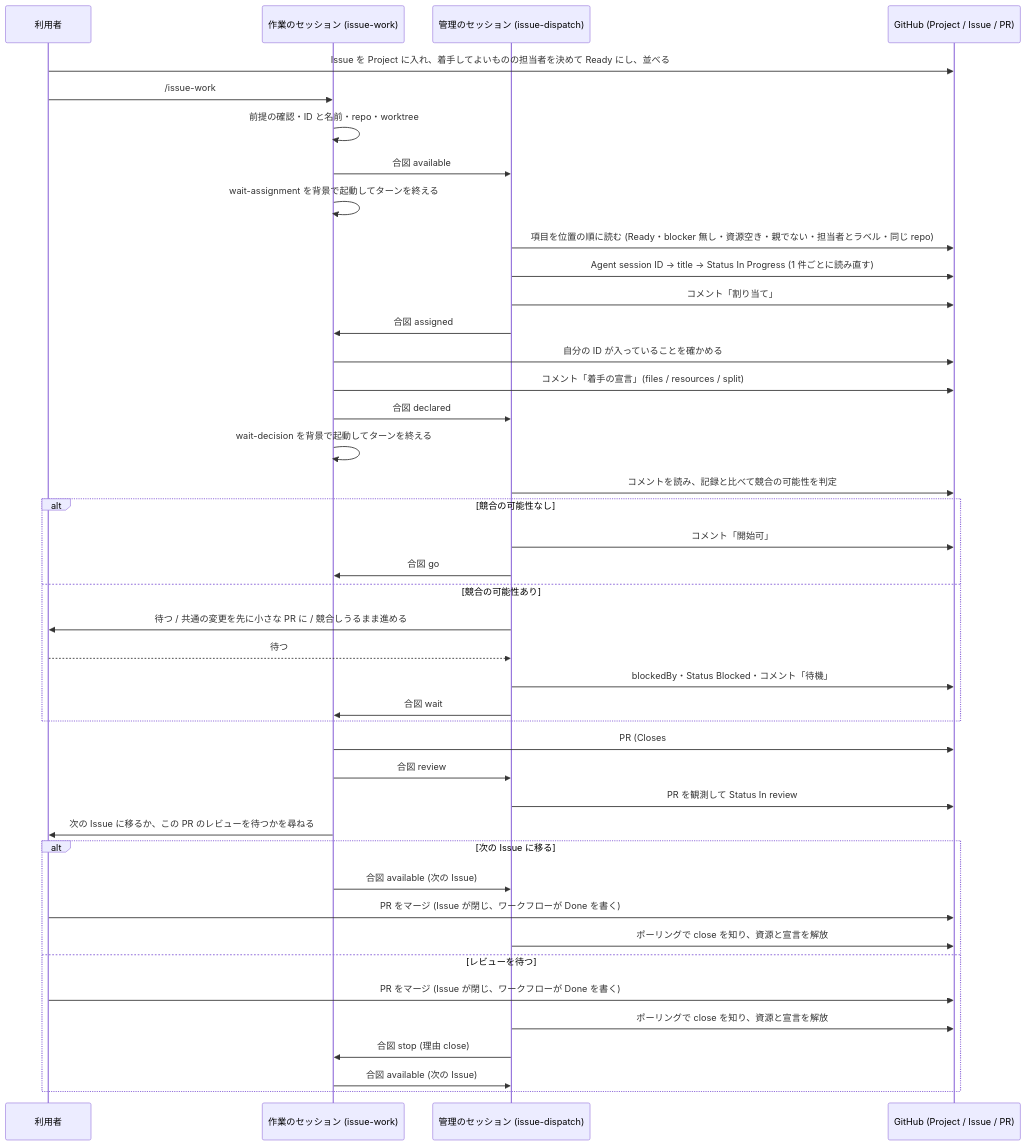
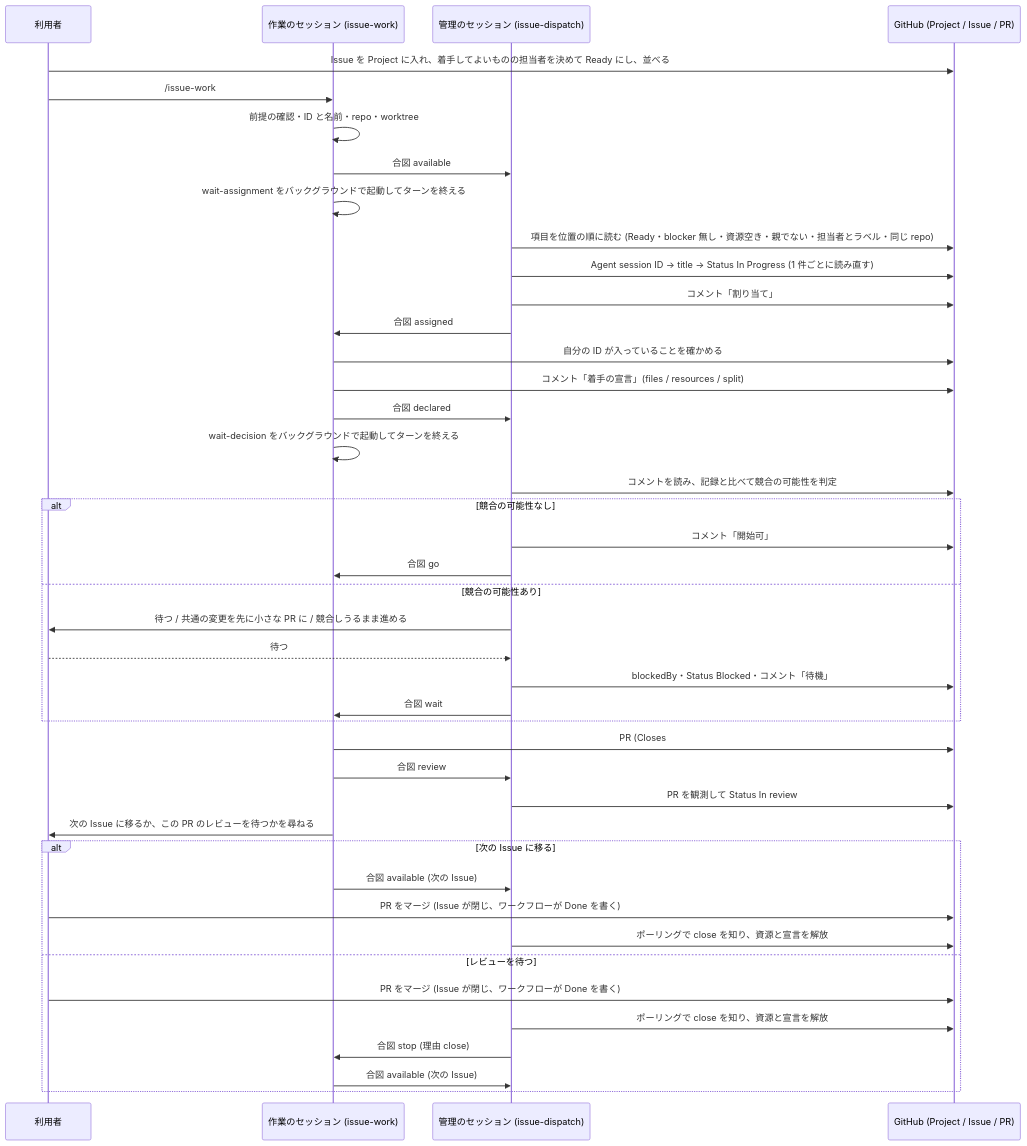
The first of 3 diagrams in docs/plans/2026-10-06-2025-feat-issue-dispatch-plan.md (akm/claude-plugins), drawn with Mermaid before and after one commit. The commit also changed other lines of this file, not shown here.

````diff
--- a/docs/plans/2026-10-06-2025-feat-issue-dispatch-plan.md
+++ b/docs/plans/2026-10-06-2025-feat-issue-dispatch-plan.md
@@ -598,45 +598,45 @@
 ```mermaid
 sequenceDiagram
   participant U as 利用者
   participant W as 作業のセッション (issue-work)
   participant M as 管理のセッション (issue-dispatch)
   participant G as GitHub (Project / Issue / PR)
 
   U->>G: Issue を Project に入れ、着手してよいものの担当者を決めて Ready にし、並べる
   U->>W: /issue-work
   W->>W: 前提の確認・ID と名前・repo・worktree
   W->>M: 合図 available
-  W->>W: wait-assignment を背景で起動してターンを終える
+  W->>W: wait-assignment をバックグラウンドで起動してターンを終える
   M->>G: 項目を位置の順に読む (Ready・blocker 無し・資源空き・親でない・担当者とラベル・同じ repo)
   M->>G: Agent session ID → title → Status In Progress (1 件ごとに読み直す)
   M->>G: コメント「割り当て」
   M->>W: 合図 assigned
   W->>G: 自分の ID が入っていることを確かめる
   W->>G: コメント「着手の宣言」(files / resources / split)
   W->>M: 合図 declared
-  W->>W: wait-decision を背景で起動してターンを終える
+  W->>W: wait-decision をバックグラウンドで起動してターンを終える
   M->>G: コメントを読み、記録と比べて競合の可能性を判定
   alt 競合の可能性なし
     M->>G: コメント「開始可」
     M->>W: 合図 go
   else 競合の可能性あり
     M->>U: 待つ / 共通の変更を先に小さな PR に / 競合しうるまま進める
     U-->>M: 待つ
     M->>G: blockedBy・Status Blocked・コメント「待機」
     M->>W: 合図 wait
   end
   W->>G: PR (Closes #N) を作り ready for review にする
   W->>M: 合図 review
   M->>G: PR を観測して Status In review
   W->>U: 次の Issue に移るか、この PR のレビューを待つかを尋ねる
   alt 次の Issue に移る
     W->>M: 合図 available (次の Issue)
     U->>G: PR をマージ (Issue が閉じ、ワークフローが Done を書く)
     M->>G: ポーリングで close を知り、資源と宣言を解放
   else レビューを待つ
     U->>G: PR をマージ (Issue が閉じ、ワークフローが Done を書く)
     M->>G: ポーリングで close を知り、資源と宣言を解放
     M->>W: 合図 stop (理由 close)
     W->>M: 合図 available (次の Issue)
   end
 ```
````
